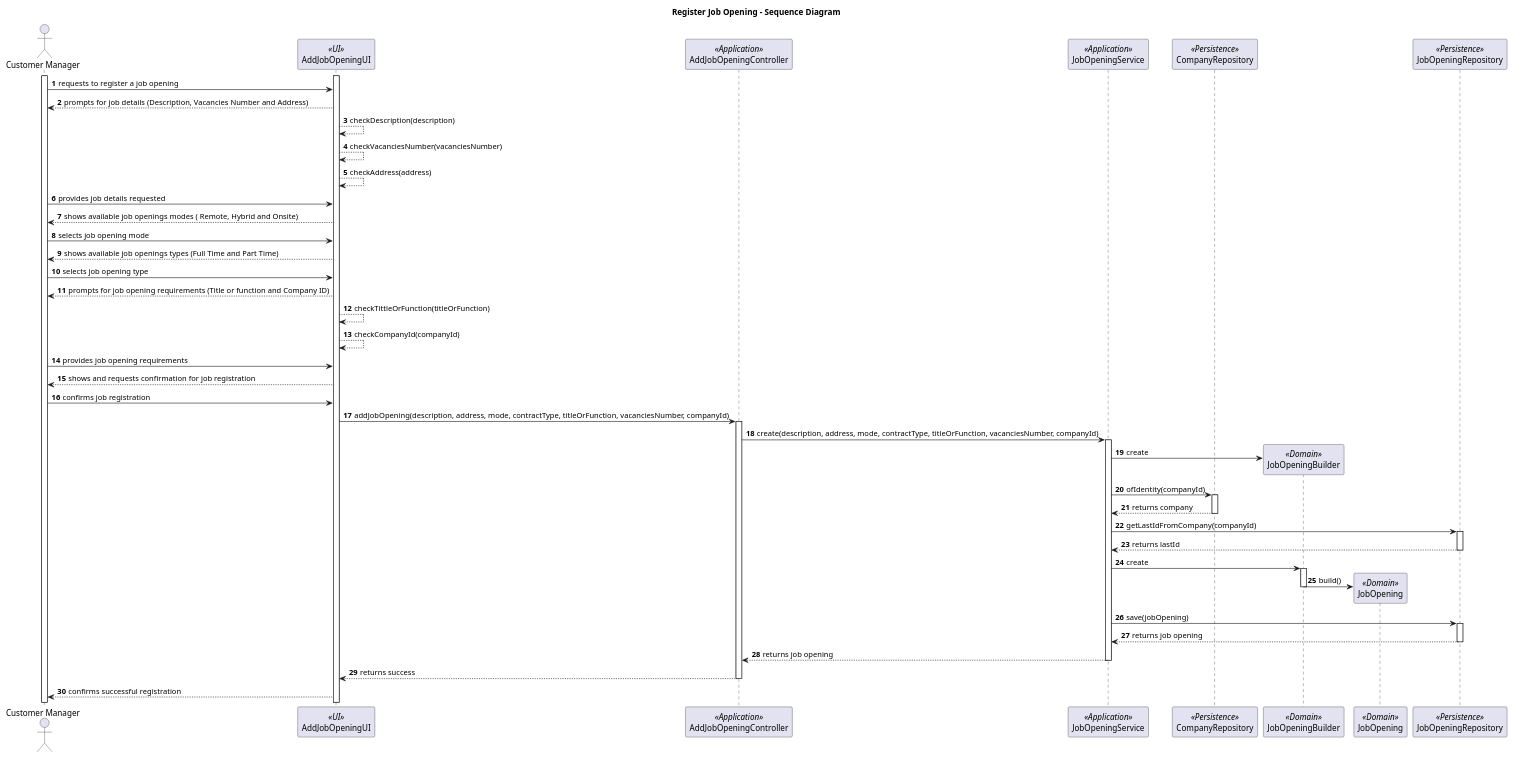
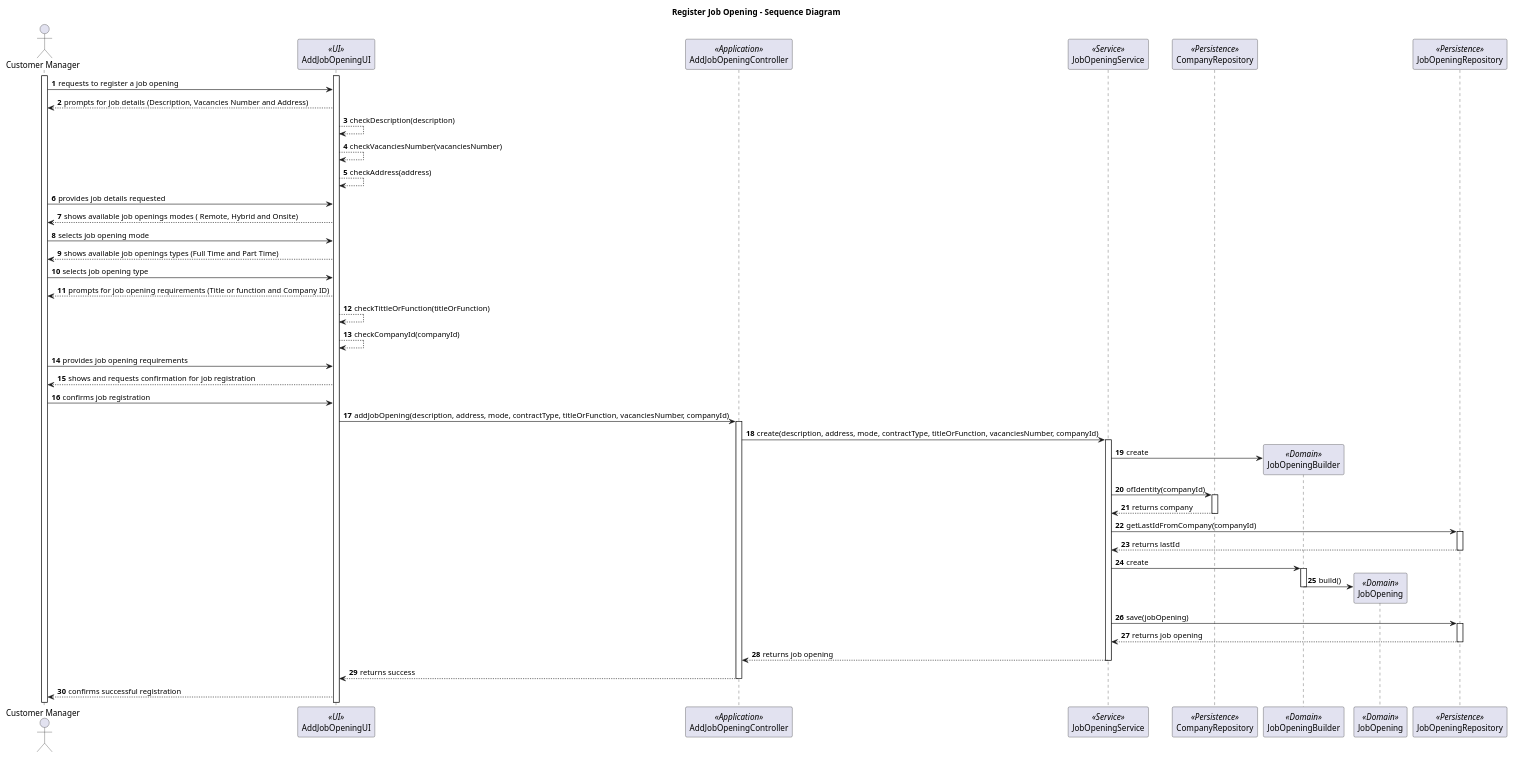
The diagram in docs/sprintB/1002/1002-sequence-diagram.puml (marcoferreira37/Lapr4), drawn with PlantUML before and after one commit. The commit also changed 19 other files, not shown here.

```diff
--- a/docs/sprintB/1002/1002-sequence-diagram.puml
+++ b/docs/sprintB/1002/1002-sequence-diagram.puml
@@ -1,120 +1,120 @@
 @startuml
 
 title Register Job Opening - Sequence Diagram
 
 autonumber
 actor "Customer Manager" as M
 participant AddJobOpeningUI  as UI <<UI>>
 participant AddJobOpeningController as Controller <<Application>>
-participant JobOpeningService as JS <<Application>>
+participant JobOpeningService as JS <<Service>>
 participant CompanyRepository as CRepo <<Persistence>>
 participant JobOpeningBuilder as JB <<Domain>>
 participant JobOpening as JO <<Domain>>
 participant JobOpeningRepository as JRepo <<Persistence>>
 
 activate M
 activate UI
 
 M -> UI : requests to register a job opening
 
 UI --> M : prompts for job details (Description, Vacancies Number and Address)
 
 UI --> UI : checkDescription(description)
 
 UI --> UI : checkVacanciesNumber(vacanciesNumber)
 
 UI --> UI : checkAddress(address)
 
 M -> UI : provides job details requested
 
 UI --> M : shows available job openings modes ( Remote, Hybrid and Onsite)
 
 M -> UI : selects job opening mode
 
 UI --> M : shows available job openings types (Full Time and Part Time)
 
 M -> UI : selects job opening type
 
 UI --> M :  prompts for job opening requirements (Title or function and Company ID)
 
 UI --> UI: checkTittleOrFunction(titleOrFunction)
 
 UI --> UI: checkCompanyId(companyId)
 
 M -> UI : provides job opening requirements
 
 UI --> M : shows and requests confirmation for job registration
 
 M -> UI : confirms job registration
 
 UI -> Controller: addJobOpening(description, address, mode, contractType, titleOrFunction, vacanciesNumber, companyId)
 
 activate Controller
 
 Controller -> JS : create(description, address, mode, contractType, titleOrFunction, vacanciesNumber, companyId)
 
 activate JS
 
 JS -> JB**: create
 
 JS -> CRepo: ofIdentity(companyId)
 
 activate CRepo
 
 CRepo --> JS: returns company
 
 deactivate CRepo
 
 JS -> JRepo: getLastIdFromCompany(companyId)
 
 activate JRepo
 
 JRepo --> JS: returns lastId
 
 deactivate JRepo
 
 'Controller -> JB: withDescription(description)
 'Controller -> JB: withAddress(address)
 'Controller -> JB: withMode(mode)
 'Controller -> JB: withContractType(contractType)
 'Controller -> JB: withTitleOrFunction(titleOrFunction)
 'Controller -> JB: withVacanciesNumber(vacanciesNumber)
 'Controller -> JB: withCompanyId(companyId)
 
 
 deactivate JRepo
 JS -> JB: create
 
 activate JB
 
 JB -> JO**: build()
 
 deactivate JB
 
 
 
 
 
 JS -> JRepo: save(jobOpening)
 
 
 activate JRepo
 
 JRepo --> JS: returns job opening
 
 deactivate JRepo
 
 JS --> Controller: returns job opening
 
 deactivate JS
 
 deactivate JB
 
 
 deactivate JRepo
 Controller --> UI: returns success
 deactivate Controller
 
 UI --> M: confirms successful registration
 
 @enduml
```
